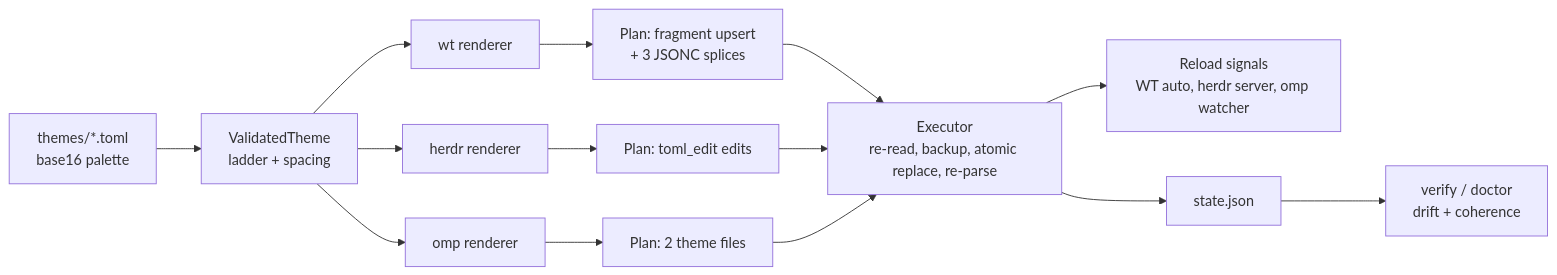
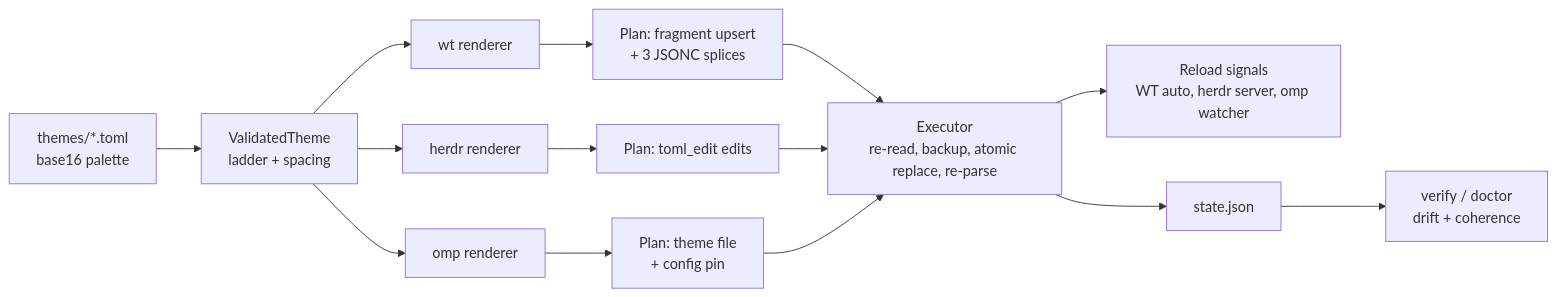
One commit to BojanSpa/onecoat changed the diagram in docs/architecture.md. Above: the diagram before and after it, drawn with Mermaid. The commit also changed other lines of this file and 22 other files, not shown here.

Commit message:
feat(vs5): write the omp theme file and pin its key (#13)

````diff
--- a/docs/architecture.md
+++ b/docs/architecture.md
@@ -7,16 +7,16 @@
 ```mermaid
 graph LR
   T["themes/*.toml<br/>base16 palette"] --> V["ValidatedTheme<br/>ladder + spacing"]
   V --> RW["wt renderer"]
   V --> RH["herdr renderer"]
   V --> RO["omp renderer"]
   RW --> PW["Plan: fragment upsert<br/>+ 3 JSONC splices"]
   RH --> PH["Plan: toml_edit edits"]
-  RO --> PO["Plan: 2 theme files"]
+  RO --> PO["Plan: theme file<br/>+ config pin"]
   PW --> X["Executor<br/>re-read, backup, atomic replace, re-parse"]
   PH --> X
   PO --> X
   X --> S["Reload signals<br/>WT auto, herdr server, omp watcher"]
   X --> ST["state.json"]
   ST --> VER["verify / doctor<br/>drift + coherence"]
 ```
````
